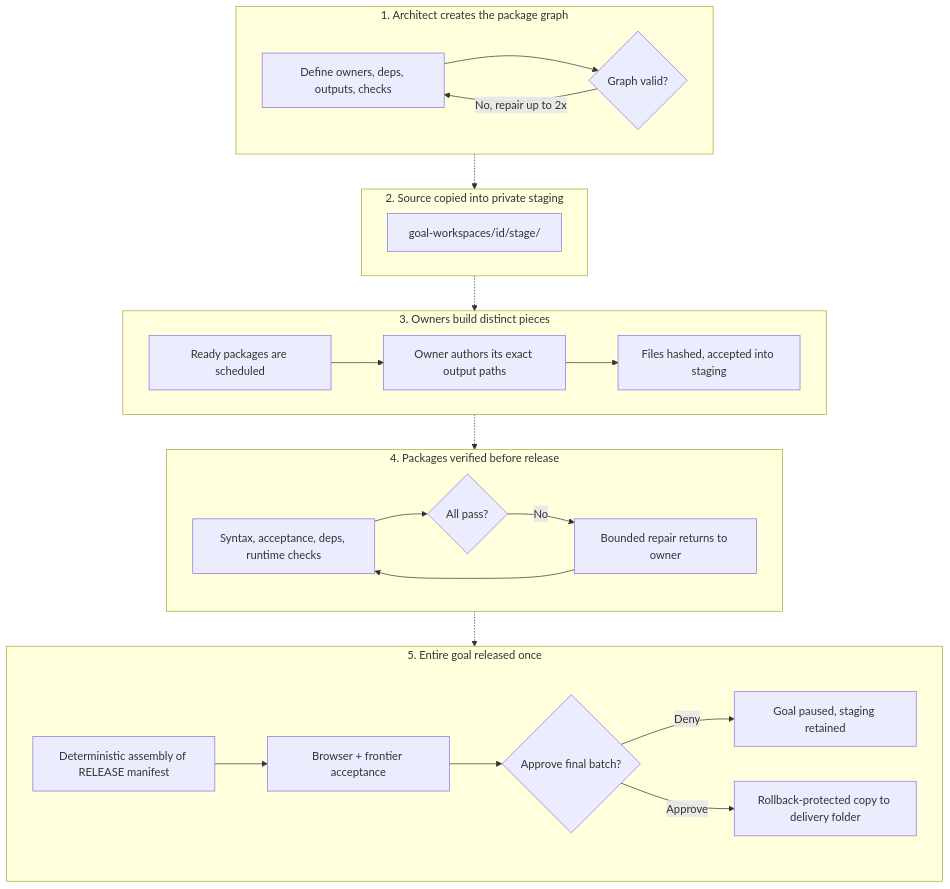
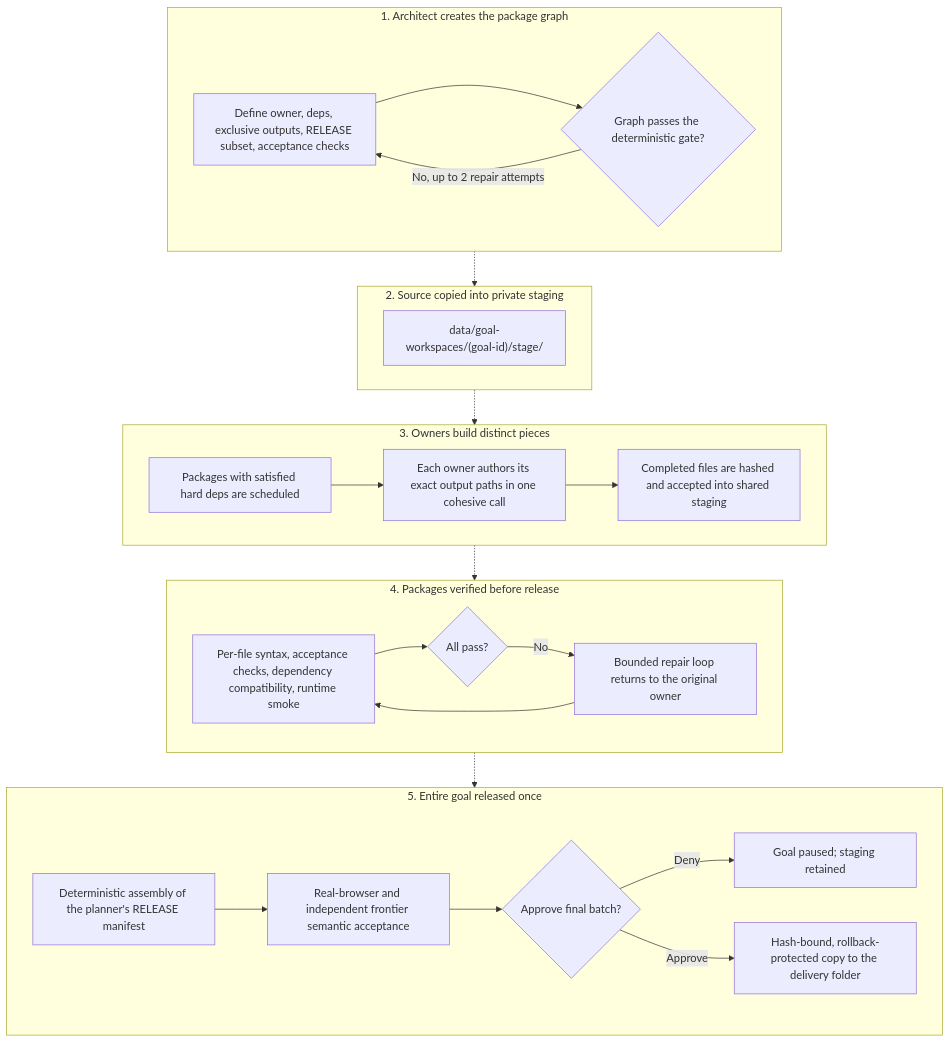
The third of 3 diagrams in README.md (Digitalgods2/gangof8), drawn with Mermaid before and after one commit. The commit also changed other lines of this file, not shown here.

First line of the commit message:
fix: use Mermaid markdown-string labels to stop node truncation

````diff
--- a/README.md
+++ b/README.md
@@ -200,30 +200,30 @@
 ```mermaid
 flowchart TD
-    subgraph PH1["1. Architect creates the package graph"]
-        B1["Define owners, deps, outputs, checks"] --> B2{"Graph valid?"}
-        B2 -->|"No, repair up to 2x"| B1
+    subgraph PH1["`1. Architect creates the package graph`"]
+        B1["`Define owner, deps, exclusive outputs, RELEASE subset, acceptance checks`"] --> B2{"`Graph passes the deterministic gate?`"}
+        B2 -->|"`No, up to 2 repair attempts`"| B1
     end
 
-    subgraph PH2["2. Source copied into private staging"]
-        C1["goal-workspaces/id/stage/"]
+    subgraph PH2["`2. Source copied into private staging`"]
+        C1["`data/goal-workspaces/(goal-id)/stage/`"]
     end
 
-    subgraph PH3["3. Owners build distinct pieces"]
-        D1["Ready packages are scheduled"] --> D2["Owner authors its exact output paths"]
-        D2 --> D3["Files hashed, accepted into staging"]
+    subgraph PH3["`3. Owners build distinct pieces`"]
+        D1["`Packages with satisfied hard deps are scheduled`"] --> D2["`Each owner authors its exact output paths in one cohesive call`"]
+        D2 --> D3["`Completed files are hashed and accepted into shared staging`"]
     end
 
-    subgraph PH4["4. Packages verified before release"]
-        E1["Syntax, acceptance, deps, runtime checks"] --> E2{"All pass?"}
-        E2 -->|No| E3["Bounded repair returns to owner"] --> E1
+    subgraph PH4["`4. Packages verified before release`"]
+        E1["`Per-file syntax, acceptance checks, dependency compatibility, runtime smoke`"] --> E2{"`All pass?`"}
+        E2 -->|No| E3["`Bounded repair loop returns to the original owner`"] --> E1
     end
 
-    subgraph PH5["5. Entire goal released once"]
-        F1["Deterministic assembly of RELEASE manifest"] --> F2["Browser + frontier acceptance"]
-        F2 --> F3{"Approve final batch?"}
-        F3 -->|Deny| F4["Goal paused, staging retained"]
-        F3 -->|Approve| F5["Rollback-protected copy to delivery folder"]
+    subgraph PH5["`5. Entire goal released once`"]
+        F1["`Deterministic assembly of the planner's RELEASE manifest`"] --> F2["`Real-browser and independent frontier semantic acceptance`"]
+        F2 --> F3{"`Approve final batch?`"}
+        F3 -->|Deny| F4["`Goal paused; staging retained`"]
+        F3 -->|Approve| F5["`Hash-bound, rollback-protected copy to the delivery folder`"]
     end
 
     PH1 -.-> PH2 -.-> PH3 -.-> PH4 -.-> PH5
 ```
````
